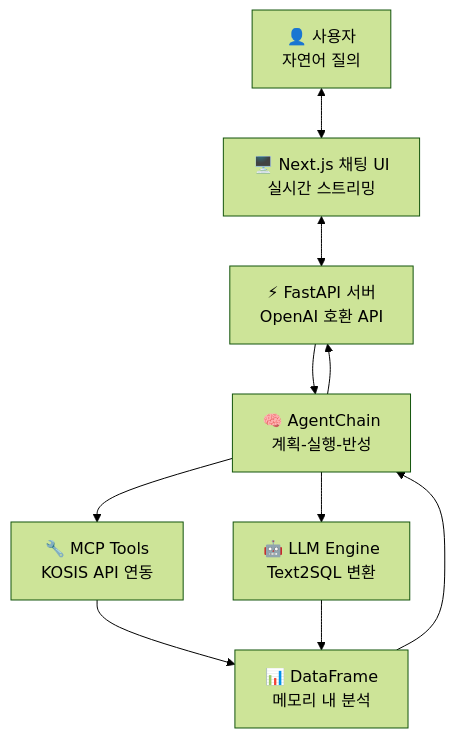
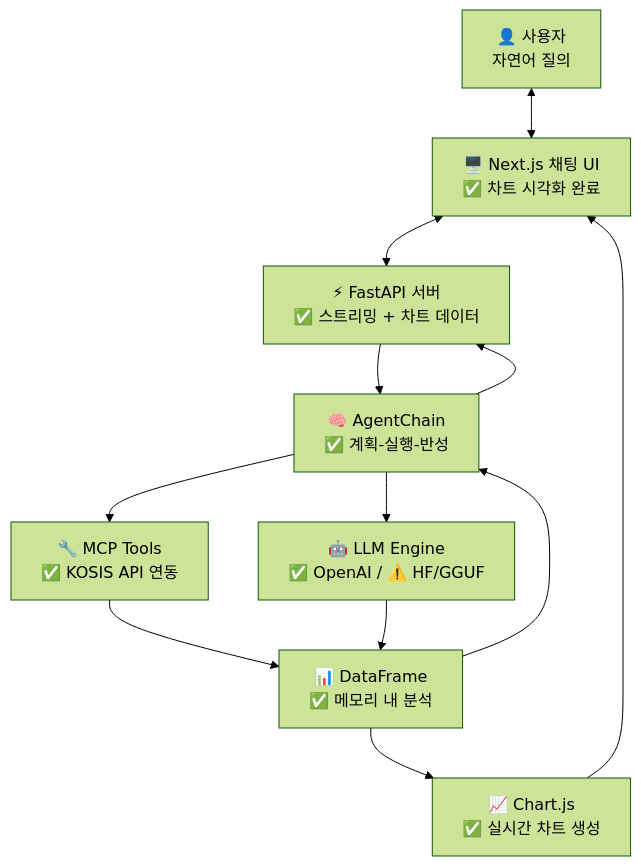
Before and after one commit to cadwin95/Text2SQLAgent: the diagram in README.md, drawn with Mermaid (forest theme). The commit also changed other lines of this file and 11 other files, not shown here.

````diff
--- a/README.md
+++ b/README.md
@@ -20,20 +21,23 @@
 ```mermaid
 flowchart TD
     User["👤 사용자<br/>자연어 질의"] 
-    UI["🖥️ Next.js 채팅 UI<br/>실시간 스트리밍"]
-    API["⚡ FastAPI 서버<br/>OpenAI 호환 API"]
-    Agent["🧠 AgentChain<br/>계획-실행-반성"]
-    LLM["🤖 LLM Engine<br/>Text2SQL 변환"]
-    Tools["🔧 MCP Tools<br/>KOSIS API 연동"]
-    DF["📊 DataFrame<br/>메모리 내 분석"]
+    UI["🖥️ Next.js 채팅 UI<br/>✅ 차트 시각화 완료"]
+    API["⚡ FastAPI 서버<br/>✅ 스트리밍 + 차트 데이터"]
+    Agent["🧠 AgentChain<br/>✅ 계획-실행-반성"]
+    LLM["🤖 LLM Engine<br/>✅ OpenAI / ⚠️ HF/GGUF"]
+    Tools["🔧 MCP Tools<br/>✅ KOSIS API 연동"]
+    DF["📊 DataFrame<br/>✅ 메모리 내 분석"]
+    Chart["📈 Chart.js<br/>✅ 실시간 차트 생성"]
     
     User <--> UI
     UI <--> API
     API --> Agent
     Agent --> LLM
     Agent --> Tools
     Tools --> DF
     LLM --> DF
+    DF --> Chart
+    Chart --> UI
     DF --> Agent
     Agent --> API
 ```
````
